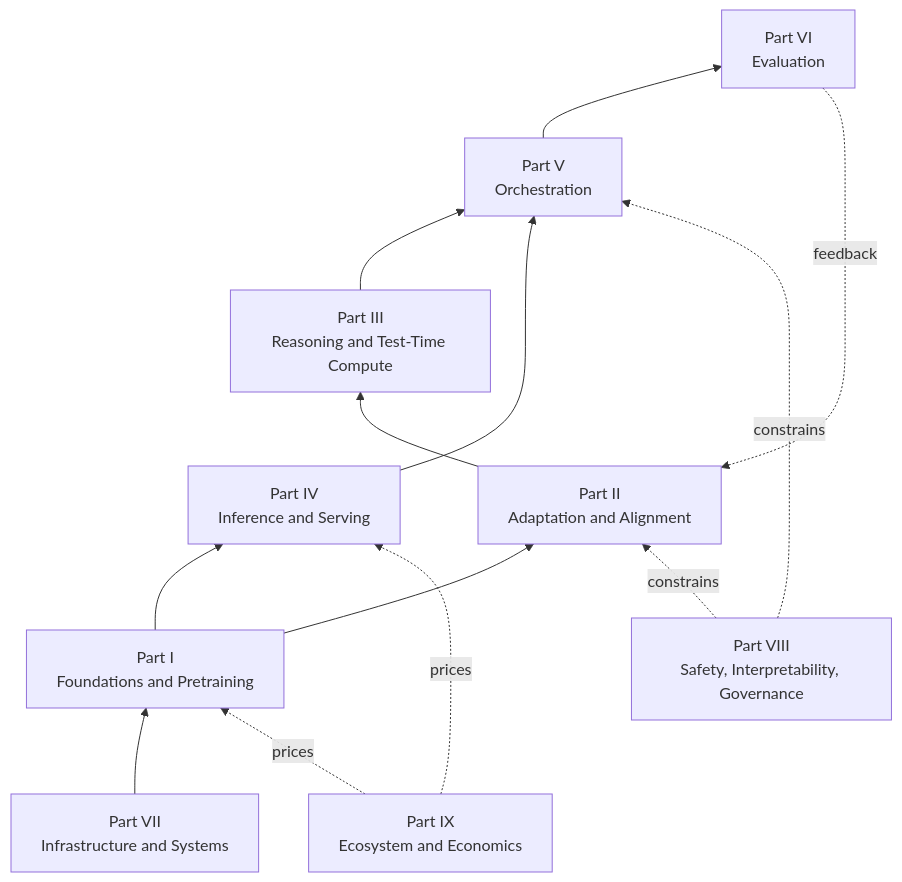
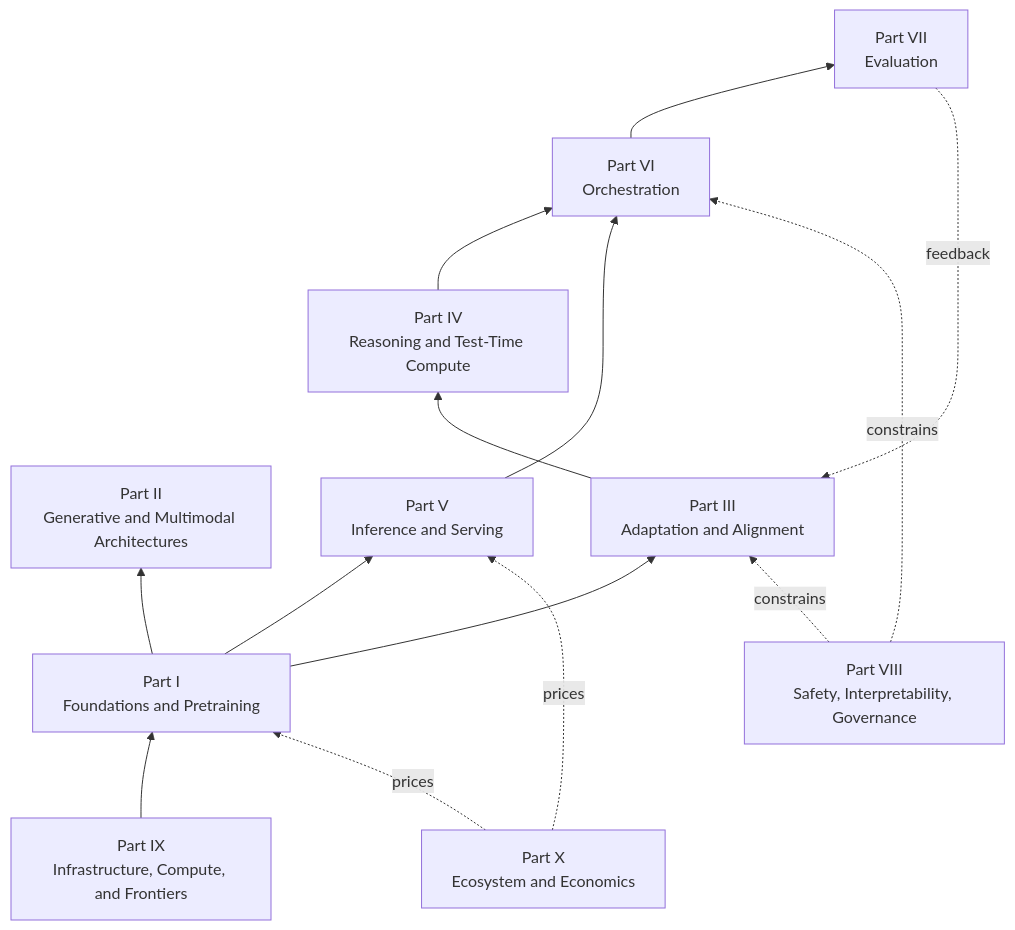
The first of 2 diagrams in en/orientation/02-field-map.qmd (latere-ai/ai-as-an-infrastructure), drawn with Mermaid before and after one commit. The commit also changed other lines of this file and 11 other files, not shown here.

````diff
--- a/en/orientation/02-field-map.qmd
+++ b/en/orientation/02-field-map.qmd
@@ -25,27 +25,29 @@
 ```{mermaid}
 %%| label: fig-field-map-stack
-%%| fig-cap: "The nine parts read as a stack. Solid arrows point from a layer to the layer built on it; dashed arrows are cross-cutting forces (evaluation feedback, safety constraints, economic pricing) that reach across layers rather than feed one into the next."
+%%| fig-cap: "The substantive parts read as a stack. Solid arrows point from a layer to the layer built on it; dashed arrows are cross-cutting forces (evaluation feedback, safety constraints, economic pricing) that reach across layers rather than feed one into the next."
 flowchart BT
-  P1["Part I<br/>Foundations and Pretraining"]
-  P2["Part II<br/>Adaptation and Alignment"]
-  P3["Part III<br/>Reasoning and Test-Time Compute"]
-  P4["Part IV<br/>Inference and Serving"]
-  P5["Part V<br/>Orchestration"]
-  P6["Part VI<br/>Evaluation"]
-  P7["Part VII<br/>Infrastructure and Systems"]
-  P8["Part VIII<br/>Safety, Interpretability, Governance"]
-  P9["Part IX<br/>Ecosystem and Economics"]
+  PIX["Part IX<br/>Infrastructure, Compute, and Frontiers"]
+  PI["Part I<br/>Foundations and Pretraining"]
+  PII["Part II<br/>Generative and Multimodal Architectures"]
+  PIII["Part III<br/>Adaptation and Alignment"]
+  PIV["Part IV<br/>Reasoning and Test-Time Compute"]
+  PV["Part V<br/>Inference and Serving"]
+  PVI["Part VI<br/>Orchestration"]
+  PVII["Part VII<br/>Evaluation"]
+  PVIII["Part VIII<br/>Safety, Interpretability, Governance"]
+  PX["Part X<br/>Ecosystem and Economics"]
 
-  P7 --> P1
-  P1 --> P2
-  P2 --> P3
-  P1 --> P4
-  P3 --> P5
-  P4 --> P5
-  P5 --> P6
-  P6 -.feedback.-> P2
-  P8 -.constrains.-> P2
-  P8 -.constrains.-> P5
-  P9 -.prices.-> P1
-  P9 -.prices.-> P4
+  PIX --> PI
+  PI --> PII
+  PI --> PIII
+  PIII --> PIV
+  PI --> PV
+  PIV --> PVI
+  PV --> PVI
+  PVI --> PVII
+  PVII -.feedback.-> PIII
+  PVIII -.constrains.-> PIII
+  PVIII -.constrains.-> PVI
+  PX -.prices.-> PI
+  PX -.prices.-> PV
 ```
````
